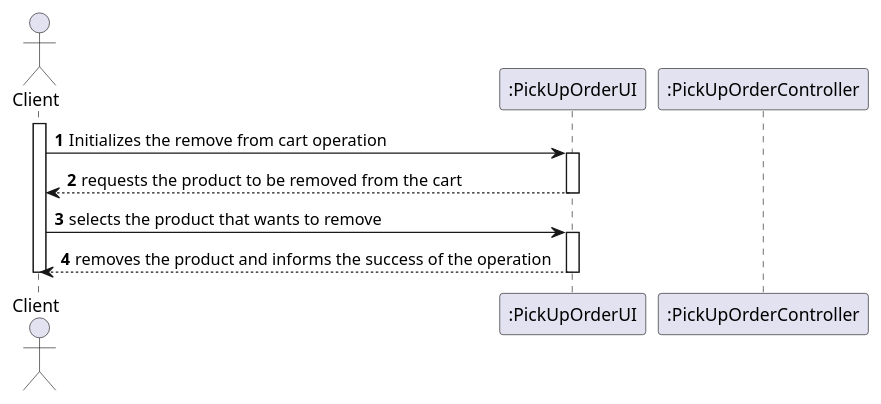
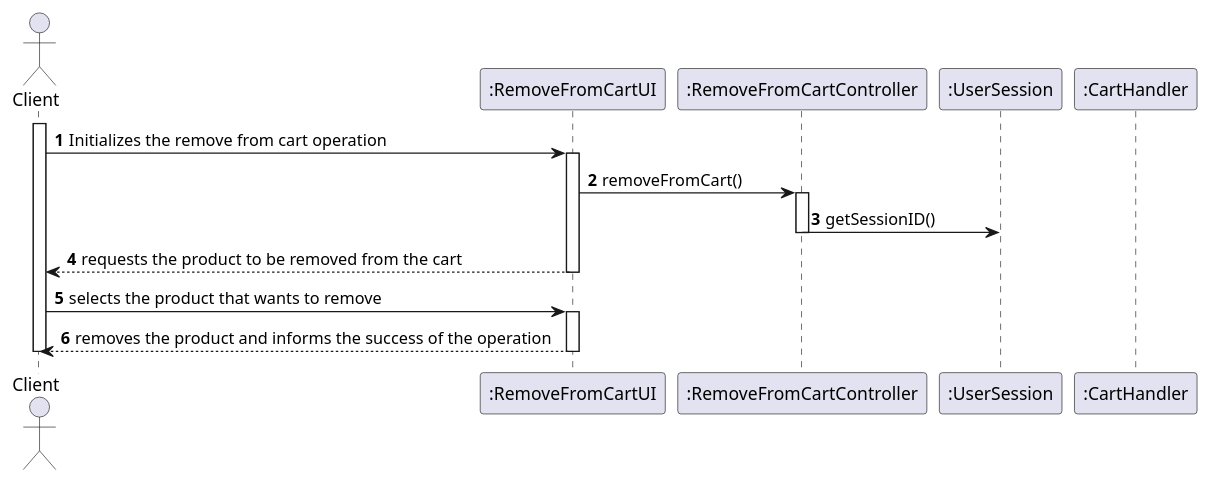
One commit to 1190452/LAPR3 changed the diagram in Documents/UC13/SD.puml. Above: the diagram before and after it, drawn with PlantUML. The commit also changed 2 other files, not shown here.

```diff
--- a/Documents/UC13/SD.puml
+++ b/Documents/UC13/SD.puml
@@ -1,23 +1,41 @@
 @startuml
 autonumber
 
 actor "Client" as COL
-participant ":PickUpOrderUI" as UI
-participant ":PickUpOrderController" as CTRL
+participant ":RemoveFromCartUI" as UI
+participant ":RemoveFromCartController" as CTRL
+participant ":UserSession" as SESS
+participant ":CartHandler" as CART
+
 
 activate COL
 
 COL -> UI : Initializes the remove from cart operation
 activate UI
+
+
+
+
+UI -> CTRL :removeFromCart()
+activate CTRL
+
+CTRL -> SESS : getSessionID()
+
+
+deactivate CTRL
+
 UI --> COL : requests the product to be removed from the cart
+
+
+
 deactivate UI
 
 
 COL -> UI :selects the product that wants to remove
 activate UI
 UI --> COL : removes the product and informs the success of the operation
 deactivate UI
 
 deactivate COL
 
 @enduml
```
